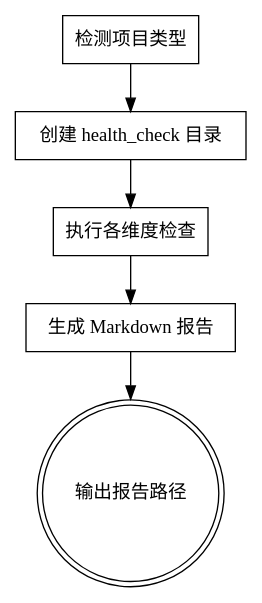
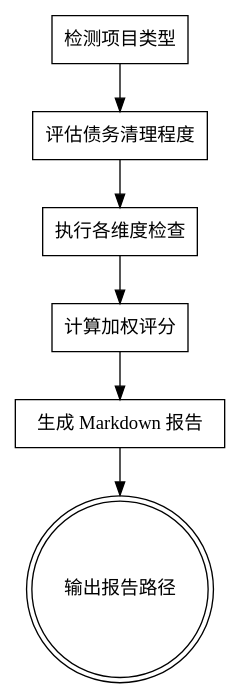
Before and after one commit to jayli/mc-lite: the diagram in .claude/skills/health/SKILL.md, drawn with Graphviz. The commit also changed other lines of this file and 2 other files, not shown here.

````diff
--- a/.claude/skills/health/SKILL.md
+++ b/.claude/skills/health/SKILL.md
@@ -43,14 +157,16 @@
 ```dot
 digraph health_flow {
     "检测项目类型" [shape=box];
-    "创建 health_check 目录" [shape=box];
+    "评估债务清理程度" [shape=box];
     "执行各维度检查" [shape=box];
+    "计算加权评分" [shape=box];
     "生成 Markdown 报告" [shape=box];
     "输出报告路径" [shape=doublecircle];
 
-    "检测项目类型" -> "创建 health_check 目录";
-    "创建 health_check 目录" -> "执行各维度检查";
-    "执行各维度检查" -> "生成 Markdown 报告";
+    "检测项目类型" -> "评估债务清理程度";
+    "评估债务清理程度" -> "执行各维度检查";
+    "执行各维度检查" -> "计算加权评分";
+    "计算加权评分" -> "生成 Markdown 报告";
     "生成 Markdown 报告" -> "输出报告路径";
 }
 ```
````
